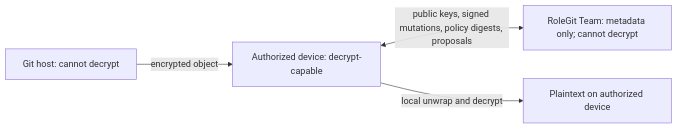
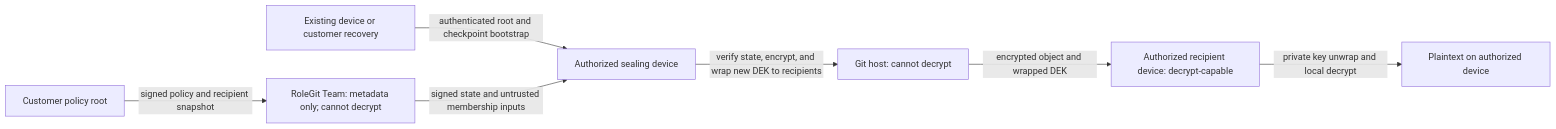
One commit to cosentinode/rolegit changed the second of 6 diagrams in docs/adr/0001-product-modes-and-trust-boundaries.md. Above: the diagram before and after it, drawn with Mermaid. The commit also changed other lines of this file and 4 other files, not shown here.

Commit message:
docs: clarify architecture trust boundaries

````diff
--- a/docs/adr/0001-product-modes-and-trust-boundaries.md
+++ b/docs/adr/0001-product-modes-and-trust-boundaries.md
@@ -67,6 +98,9 @@
 ```mermaid
 flowchart LR
-    G[Git host: cannot decrypt] -->|encrypted object| D[Authorized device: decrypt-capable]
-    D <-->|public keys, signed mutations, policy digests, proposals| T[RoleGit Team: metadata only; cannot decrypt]
-    D -->|local unwrap and decrypt| P[Plaintext on authorized device]
+    R[Customer policy root] -->|signed policy and recipient snapshot| T[RoleGit Team: metadata only; cannot decrypt]
+    O[Existing device or customer recovery] -->|authenticated root and checkpoint bootstrap| S[Authorized sealing device]
+    T -->|signed state and untrusted membership inputs| S
+    S -->|verify state, encrypt, and wrap new DEK to recipients| G[Git host: cannot decrypt]
+    G -->|encrypted object and wrapped DEK| D[Authorized recipient device: decrypt-capable]
+    D -->|private key unwrap and local decrypt| P[Plaintext on authorized device]
 ```
````
